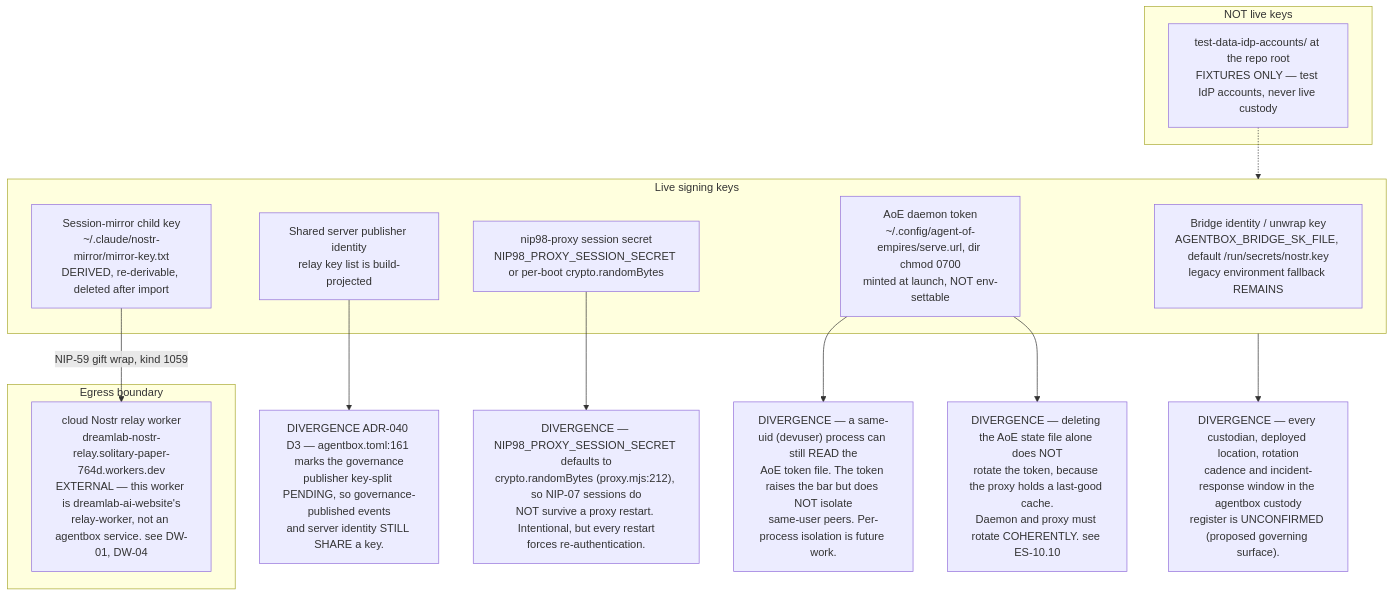
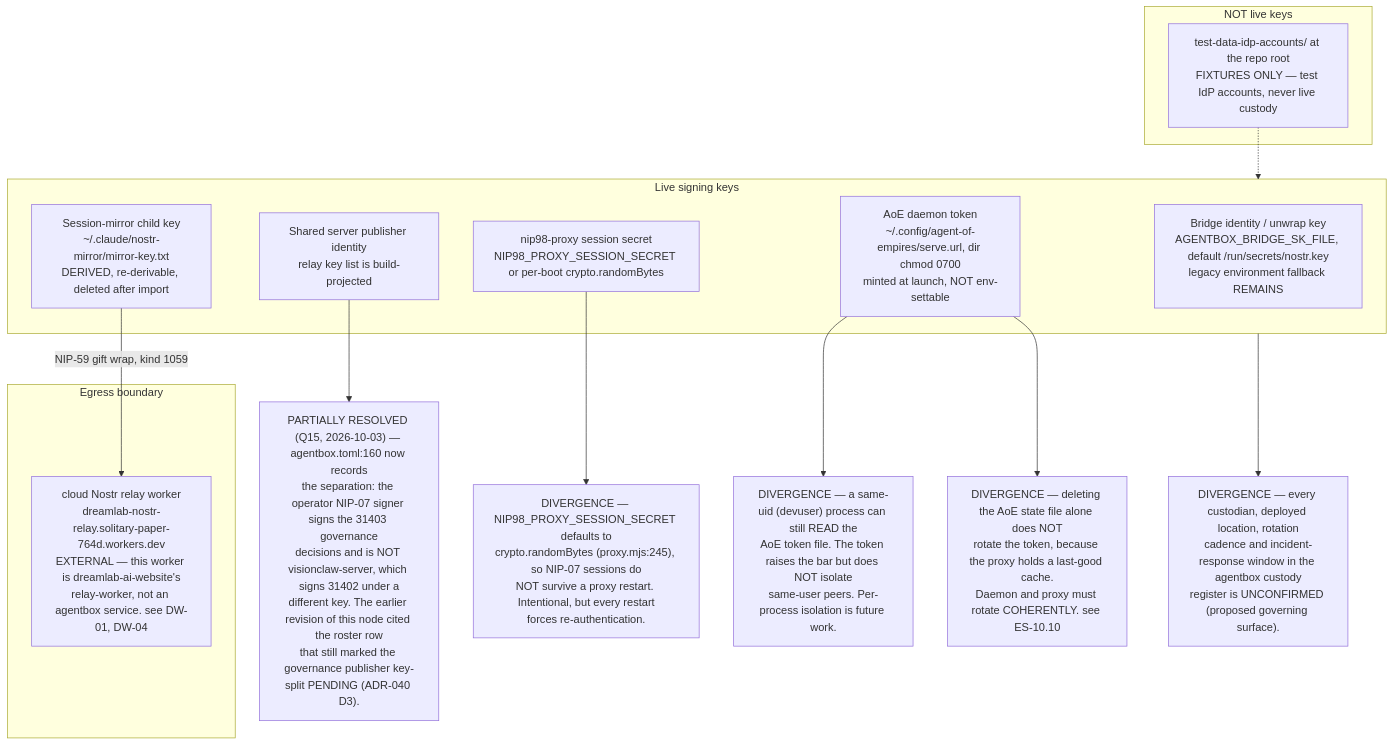
One commit to DreamLab-AI/VisionFlow changed the fourth of 6 diagrams in docs/diagrams/estate/04-identity-mesh-did-nostr.md. Above: the diagram before and after it, drawn with Mermaid. The commit also changed other lines of this file and 111 other files, not shown here.

Commit message:
docs(diagrams): align estate maps with current source

````diff
--- a/docs/diagrams/estate/04-identity-mesh-did-nostr.md
+++ b/docs/diagrams/estate/04-identity-mesh-did-nostr.md
@@ -170,31 +171,31 @@
 ```mermaid
 flowchart TB
     subgraph live["Live signing keys"]
         K1["Bridge identity / unwrap key<br/>AGENTBOX_BRIDGE_SK_FILE, default /run/secrets/nostr.key<br/>legacy environment fallback REMAINS"]
         K2["Shared server publisher identity<br/>relay key list is build-projected"]
         K3["AoE daemon token<br/>~/.config/agent-of-empires/serve.url, dir chmod 0700<br/>minted at launch, NOT env-settable"]
         K4["nip98-proxy session secret<br/>NIP98_PROXY_SESSION_SECRET or per-boot crypto.randomBytes"]
         K5["Session-mirror child key<br/>~/.claude/nostr-mirror/mirror-key.txt<br/>DERIVED, re-derivable, deleted after import"]
     end
     subgraph fixtures["NOT live keys"]
         F1["test-data-idp-accounts/ at the repo root<br/>FIXTURES ONLY — test IdP accounts, never live custody"]
     end
     subgraph boundary["Egress boundary"]
         REL["cloud Nostr relay worker<br/>dreamlab-nostr-relay.solitary-paper-764d.workers.dev<br/>EXTERNAL — this worker is dreamlab-ai-website's<br/>relay-worker, not an agentbox service. see DW-01, DW-04"]
     end
 
     K5 -->|"NIP-59 gift wrap, kind 1059"| REL
 
-    D1["DIVERGENCE ADR-040 D3 — agentbox.toml:161 marks the governance<br/>publisher key-split PENDING, so governance-published events<br/>and server identity STILL SHARE a key."]
-    D2["DIVERGENCE — NIP98_PROXY_SESSION_SECRET defaults to<br/>crypto.randomBytes (proxy.mjs:212), so NIP-07 sessions do<br/>NOT survive a proxy restart. Intentional, but every restart<br/>forces re-authentication."]
+    D1["PARTIALLY RESOLVED (Q15, 2026-10-03) — agentbox.toml:160 now records<br/>the separation: the operator NIP-07 signer signs the 31403 governance<br/>decisions and is NOT visionclaw-server, which signs 31402 under a<br/>different key. The earlier revision of this node cited the roster row<br/>that still marked the governance publisher key-split PENDING (ADR-040 D3)."]
+    D2["DIVERGENCE — NIP98_PROXY_SESSION_SECRET defaults to<br/>crypto.randomBytes (proxy.mjs:245), so NIP-07 sessions do<br/>NOT survive a proxy restart. Intentional, but every restart<br/>forces re-authentication."]
     D3["DIVERGENCE — a same-uid (devuser) process can still READ the<br/>AoE token file. The token raises the bar but does NOT isolate<br/>same-user peers. Per-process isolation is future work."]
     D4["DIVERGENCE — deleting the AoE state file alone does NOT<br/>rotate the token, because the proxy holds a last-good cache.<br/>Daemon and proxy must rotate COHERENTLY. see ES-10.10"]
     D5["DIVERGENCE — every custodian, deployed location, rotation<br/>cadence and incident-response window in the agentbox custody<br/>register is UNCONFIRMED (proposed governing surface)."]
 
     K2 --> D1
     K4 --> D2
     K3 --> D3
     K3 --> D4
     live --> D5
     F1 -.-> live
 ```
````
